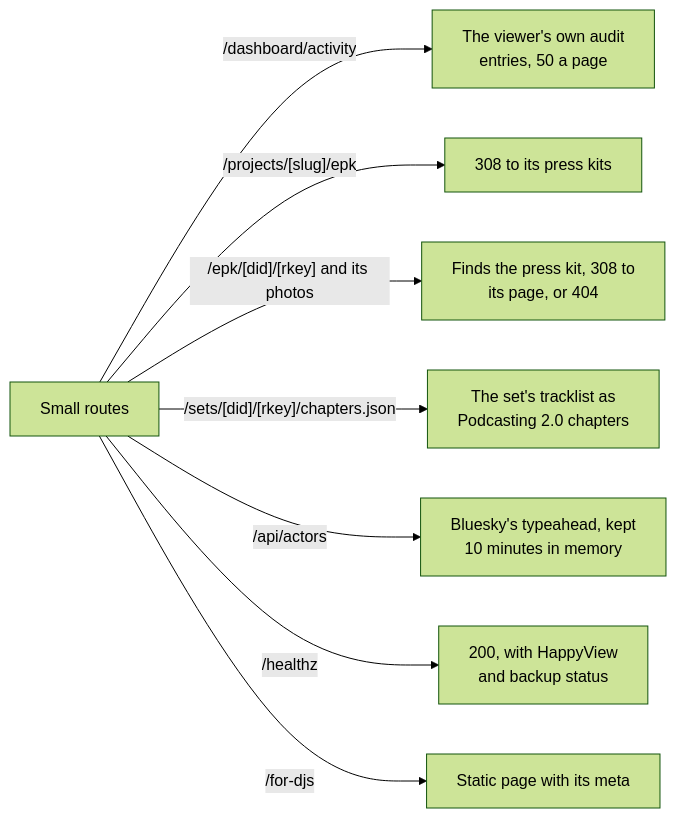
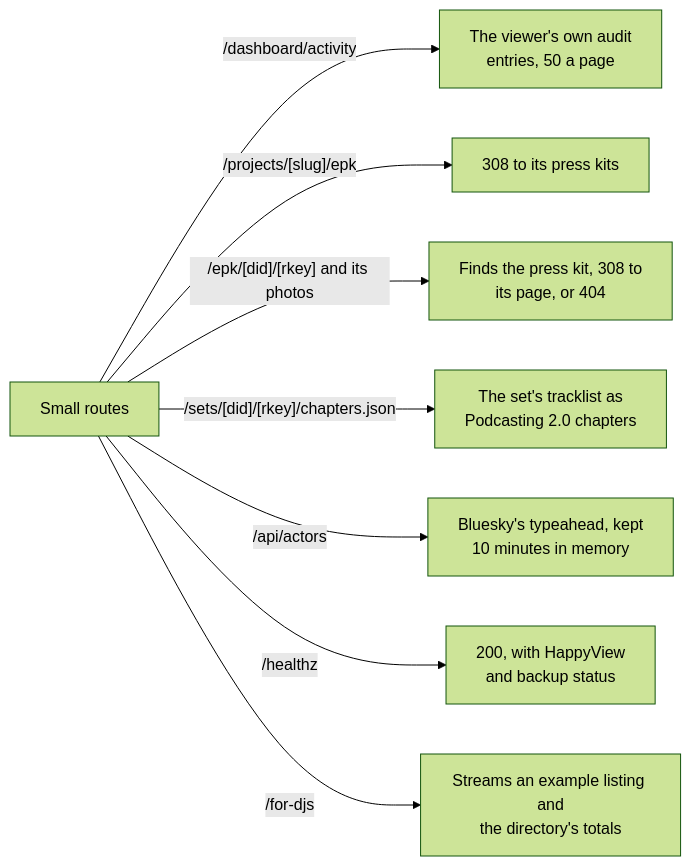
One commit to cutenode/localnetwork changed diagram 11 of 11 in apps/web/docs/diagrams/requests-and-routes.md. Above: the diagram before and after it, drawn with Mermaid (forest theme). The commit also changed other lines of this file and 8 other files, not shown here.

First line of the commit message:
docs(web): bring the diagrams in line with the code

````diff
--- a/apps/web/docs/diagrams/requests-and-routes.md
+++ b/apps/web/docs/diagrams/requests-and-routes.md
@@ -235,11 +242,11 @@
 ```mermaid
 flowchart LR
   Small["Small routes"]
   Small -- "/dashboard/activity" --> A["The viewer's own audit<br/>entries, 50 a page"]
   Small -- "/projects/[slug]/epk" --> B["308 to its press kits"]
   Small -- "/epk/[did]/[rkey] and its photos" --> C["Finds the press kit, 308 to<br/>its page, or 404"]
   Small -- "/sets/[did]/[rkey]/chapters.json" --> D["The set's tracklist as<br/>Podcasting 2.0 chapters"]
   Small -- "/api/actors" --> E["Bluesky's typeahead, kept<br/>10 minutes in memory"]
   Small -- "/healthz" --> F["200, with HappyView<br/>and backup status"]
-  Small -- "/for-djs" --> G["Static page with its meta"]
+  Small -- "/for-djs" --> G["Streams an example listing and<br/>the directory's totals"]
 ```
````
